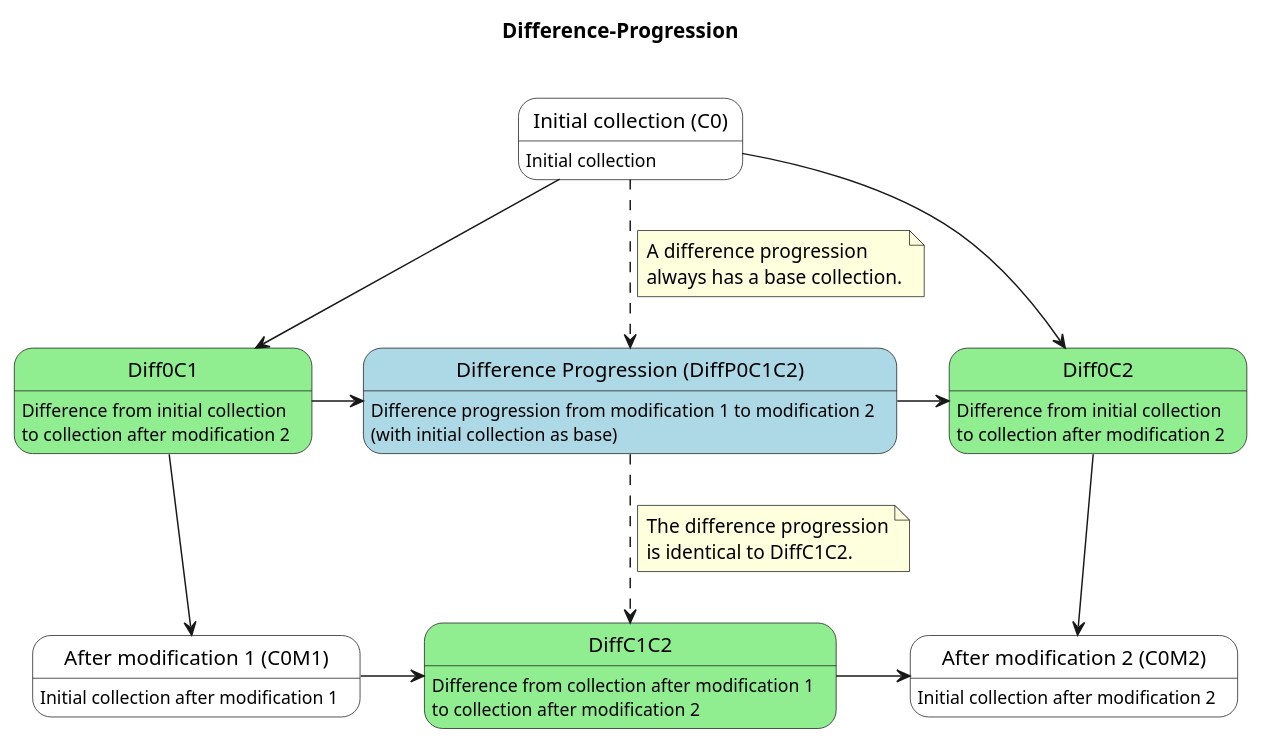
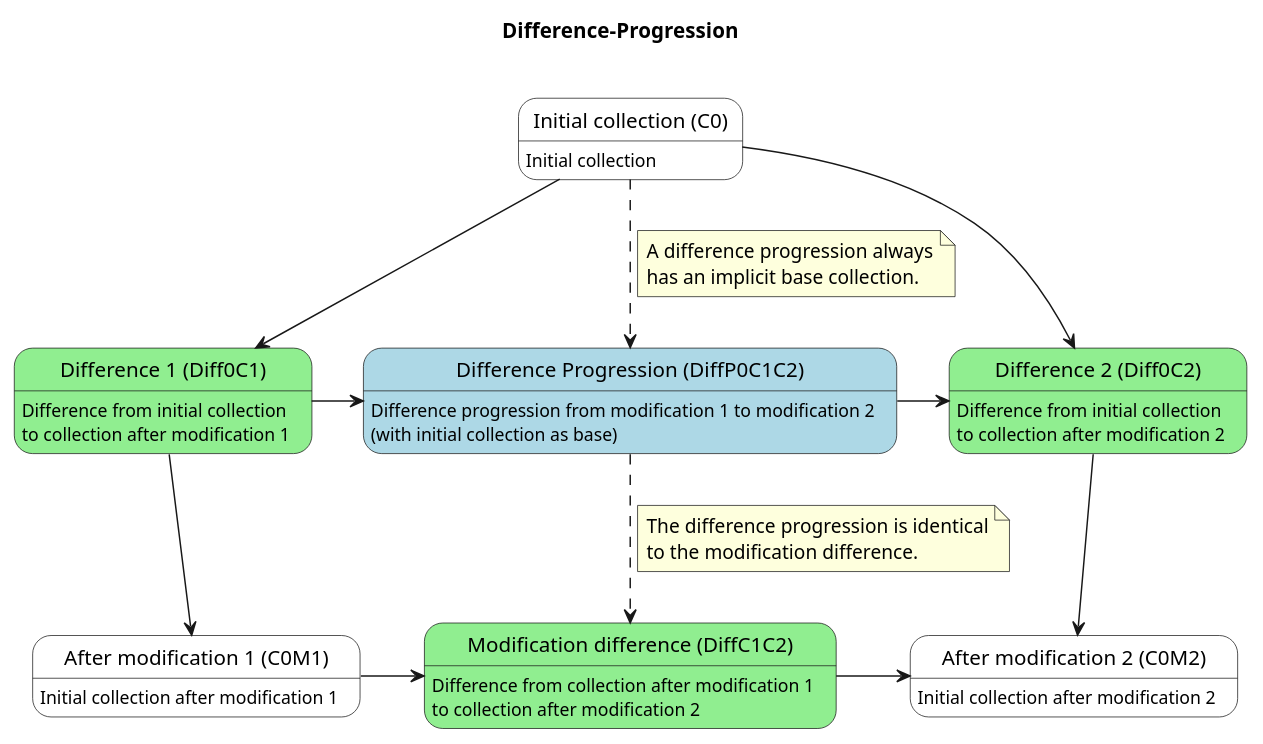
Before and after one commit to jjermann/differenceComparer: the diagram in doc/differenceProgression.puml, drawn with PlantUML. The commit also changed 8 other files, not shown here.

```diff
--- a/doc/differenceProgression.puml
+++ b/doc/differenceProgression.puml
@@ -1,46 +1,46 @@
 @startuml
 title Difference-Progression\n
 
 'States
 state "Initial collection (C0)" as C0 #white: Initial collection
 
 state "After modification 1 (C0M1)" as C0M1 #white: Initial collection after modification 1
 
 state "After modification 2 (C0M2)" as C0M2 #white: Initial collection after modification 2
 
-state Diff0C1 #lightgreen: Difference from initial collection
-Diff0C1: to collection after modification 2
+state "Difference 1 (Diff0C1)" as Diff0C1 #lightgreen: Difference from initial collection
+Diff0C1: to collection after modification 1
 
-state Diff0C2 #lightgreen: Difference from initial collection
+state "Difference 2 (Diff0C2)" as Diff0C2 #lightgreen: Difference from initial collection
 Diff0C2: to collection after modification 2
 
-state DiffC1C2 #lightgreen: Difference from collection after modification 1
+state "Modification difference (DiffC1C2)" as DiffC1C2 #lightgreen: Difference from collection after modification 1
 DiffC1C2: to collection after modification 2
 
 state "Difference Progression (DiffP0C1C2)" as DiffP0C1C2 #lightblue: Difference progression from modification 1 to modification 2
 DiffP0C1C2: (with initial collection as base)
 
 
 'Edges
 C0 --> Diff0C1
 C0 --> Diff0C2
 
 Diff0C1 --> C0M1
 Diff0C2 --> C0M2
 
 Diff0C1 -> DiffP0C1C2
 DiffP0C1C2 -> Diff0C2
 C0 -[dashed]-> DiffP0C1C2
 note on link
-A difference progression
-always has a base collection.
+A difference progression always
+has an implicit base collection.
 end note
 DiffP0C1C2 -[dashed]-> DiffC1C2
 note on link
-The difference progression
-is identical to DiffC1C2.
+The difference progression is identical
+to the modification difference.
 end note
 
 C0M1 -> DiffC1C2
 DiffC1C2 -> C0M2
 @enduml
```
